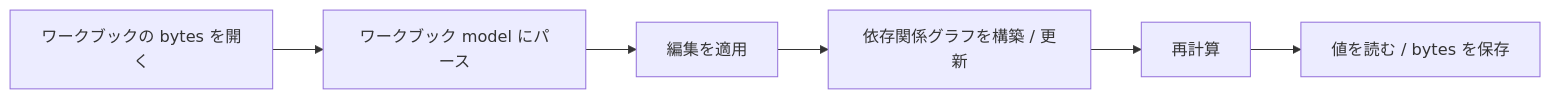
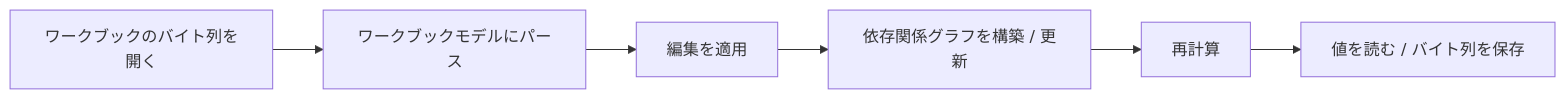
Before and after one commit to libraz/formulon-homepage: the diagram in src/ja/workbook/lifecycle.md, drawn with Mermaid. The commit also changed other lines of this file and 49 other files, not shown here.

````diff
--- a/src/ja/workbook/lifecycle.md
+++ b/src/ja/workbook/lifecycle.md
@@ -5,8 +5,8 @@
 ```mermaid
 flowchart LR
-  A[ワークブックの bytes を開く] --> B[ワークブック model にパース]
+  A[ワークブックのバイト列を開く] --> B[ワークブックモデルにパース]
   B --> C[編集を適用]
   C --> D[依存関係グラフを構築 / 更新]
   D --> E[再計算]
-  E --> F[値を読む / bytes を保存]
+  E --> F[値を読む / バイト列を保存]
 ```
````
